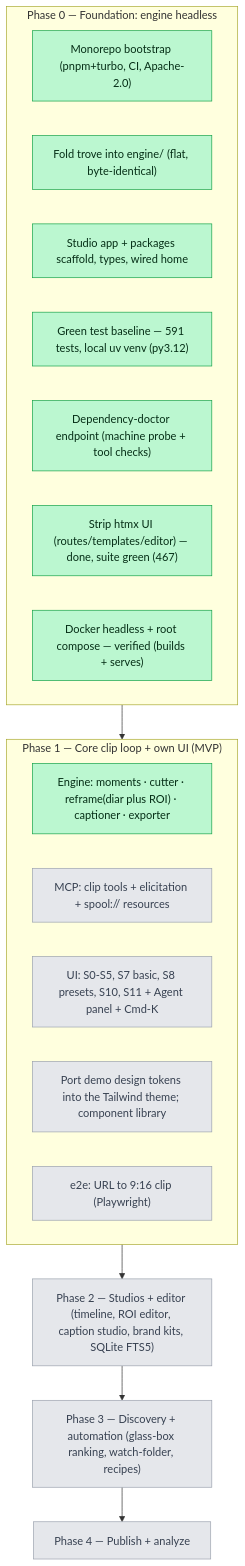
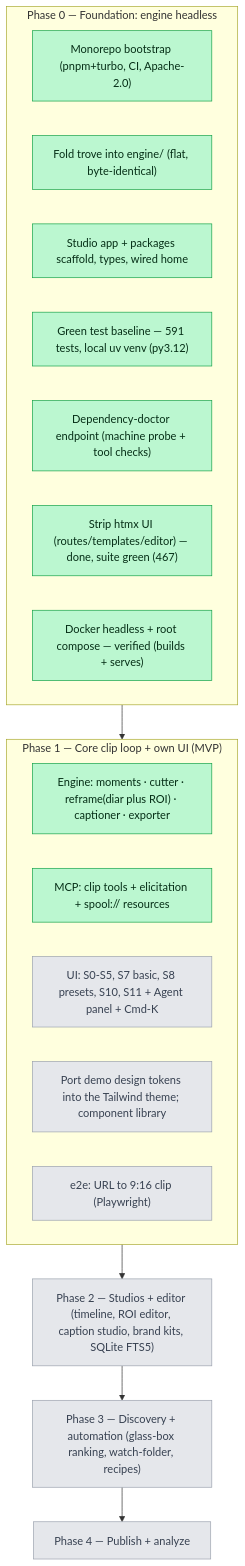
One commit to afk1997/spool-editor changed the diagram in docs/PROGRESS.md. Above: the diagram before and after it, drawn with Mermaid. The commit also changed other lines of this file, not shown here.

Commit message:
docs: Phase 1 backend complete (engine + api_v1 + MCP + CLI); 595 tests green

````diff
--- a/docs/PROGRESS.md
+++ b/docs/PROGRESS.md
@@ -13,28 +14,28 @@
 ```mermaid
 graph TD
     subgraph P0["Phase 0 — Foundation: engine headless"]
       B0["Monorepo bootstrap (pnpm+turbo, CI, Apache-2.0)"]:::done
       B1["Fold trove into engine/ (flat, byte-identical)"]:::done
       B2["Studio app + packages scaffold, types, wired home"]:::done
       B3["Green test baseline — 591 tests, local uv venv (py3.12)"]:::done
       B5["Dependency-doctor endpoint (machine probe + tool checks)"]:::done
       B4["Strip htmx UI (routes/templates/editor) — done, suite green (467)"]:::done
       B6["Docker headless + root compose — verified (builds + serves)"]:::done
     end
     subgraph P1["Phase 1 — Core clip loop + own UI (MVP)"]
       C1["Engine: moments · cutter · reframe(diar plus ROI) · captioner · exporter"]:::done
-      C2["MCP: clip tools + elicitation + spool:// resources"]:::todo
+      C2["MCP: clip tools + elicitation + spool:// resources"]:::done
       C3["UI: S0-S5, S7 basic, S8 presets, S10, S11 + Agent panel + Cmd-K"]:::todo
       C4["Port demo design tokens into the Tailwind theme; component library"]:::todo
       C5["e2e: URL to 9:16 clip (Playwright)"]:::todo
     end
     P2["Phase 2 — Studios + editor (timeline, ROI editor, caption studio, brand kits, SQLite FTS5)"]:::todo
     P3["Phase 3 — Discovery + automation (glass-box ranking, watch-folder, recipes)"]:::todo
     P4["Phase 4 — Publish + analyze"]:::todo
 
     P0 --> P1 --> P2 --> P3 --> P4
 
     classDef done fill:#bbf7d0,stroke:#16a34a,color:#052e16;
     classDef wip  fill:#fde68a,stroke:#d97706,color:#451a03;
     classDef todo fill:#e5e7eb,stroke:#9ca3af,color:#374151;
 ```
````
